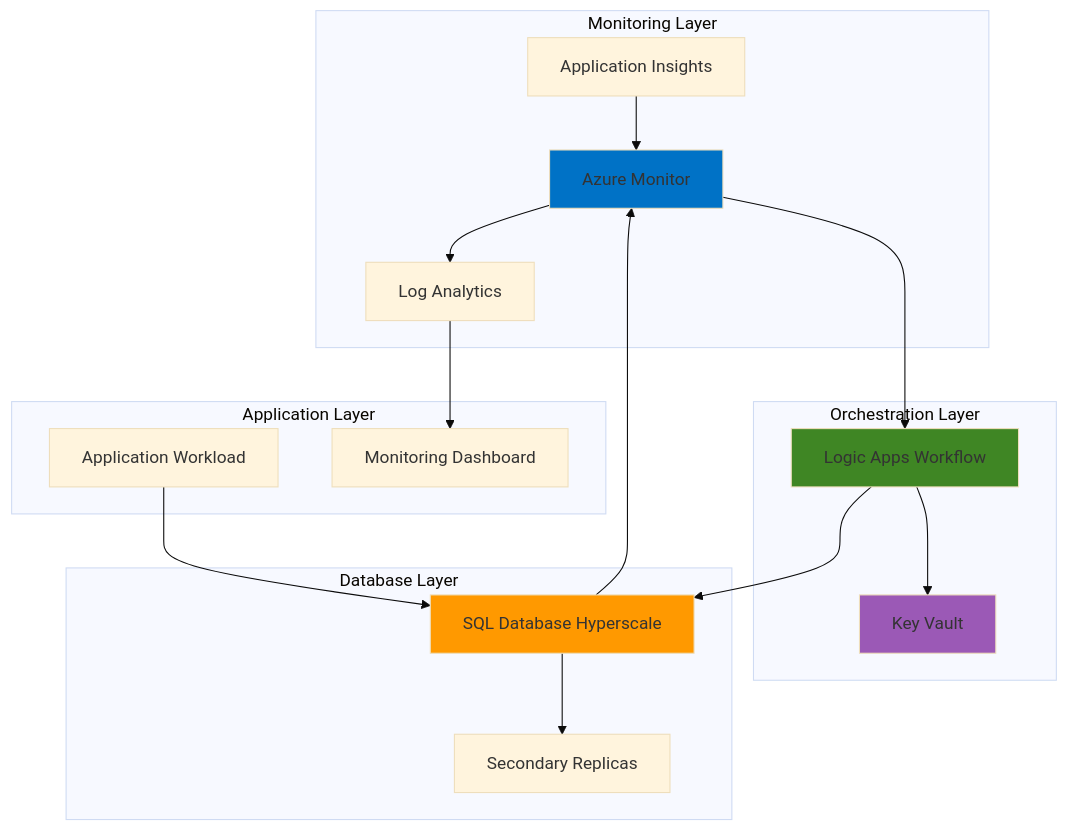
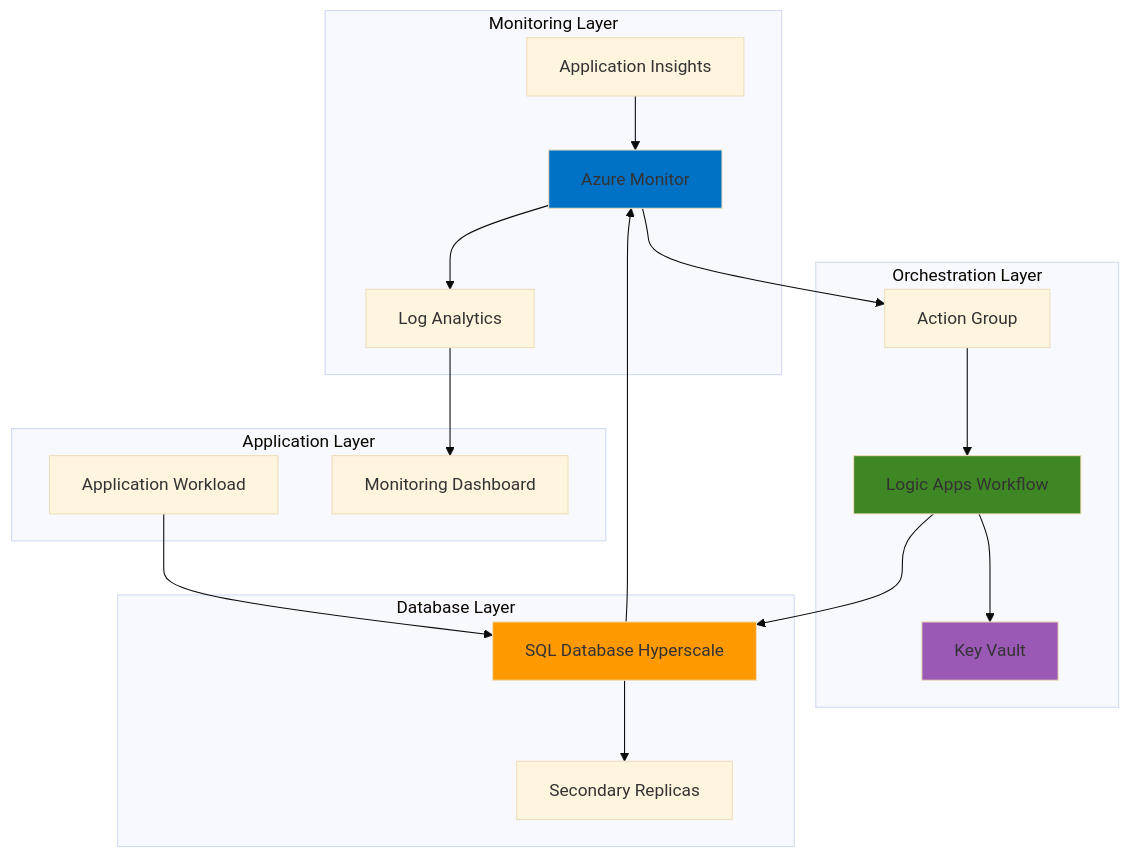
One commit to mzazon/awesome-cloud-projects changed the diagram in azure/intelligent-database-scaling/intelligent-database-scaling.md. Above: the diagram before and after it, drawn with Mermaid (base theme). The commit also changed other lines of this file and 5581 other files, not shown here.

````diff
--- a/azure/intelligent-database-scaling/intelligent-database-scaling.md
+++ b/azure/intelligent-database-scaling/intelligent-database-scaling.md
@@ -30,38 +30,40 @@
 ```mermaid
 graph TB
     subgraph "Monitoring Layer"
         AM[Azure Monitor]
         LA[Log Analytics]
         AI[Application Insights]
     end
     
     subgraph "Orchestration Layer"
         LApp[Logic Apps Workflow]
         KV[Key Vault]
+        AG[Action Group]
     end
     
     subgraph "Database Layer"
         SQLH[SQL Database Hyperscale]
         SR[Secondary Replicas]
     end
     
     subgraph "Application Layer"
         APP[Application Workload]
         DASH[Monitoring Dashboard]
     end
     
     APP-->SQLH
     SQLH-->AM
     AM-->LA
-    AM-->LApp
+    AM-->AG
+    AG-->LApp
     LApp-->KV
     LApp-->SQLH
     SQLH-->SR
     LA-->DASH
     AI-->AM
     
     style SQLH fill:#FF9900
     style LApp fill:#3F8624
     style AM fill:#0072C6
     style KV fill:#9B59B6
 ```
````
